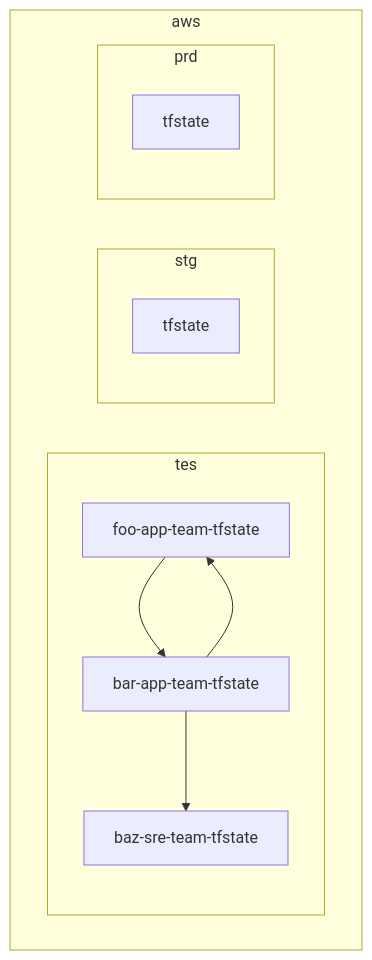
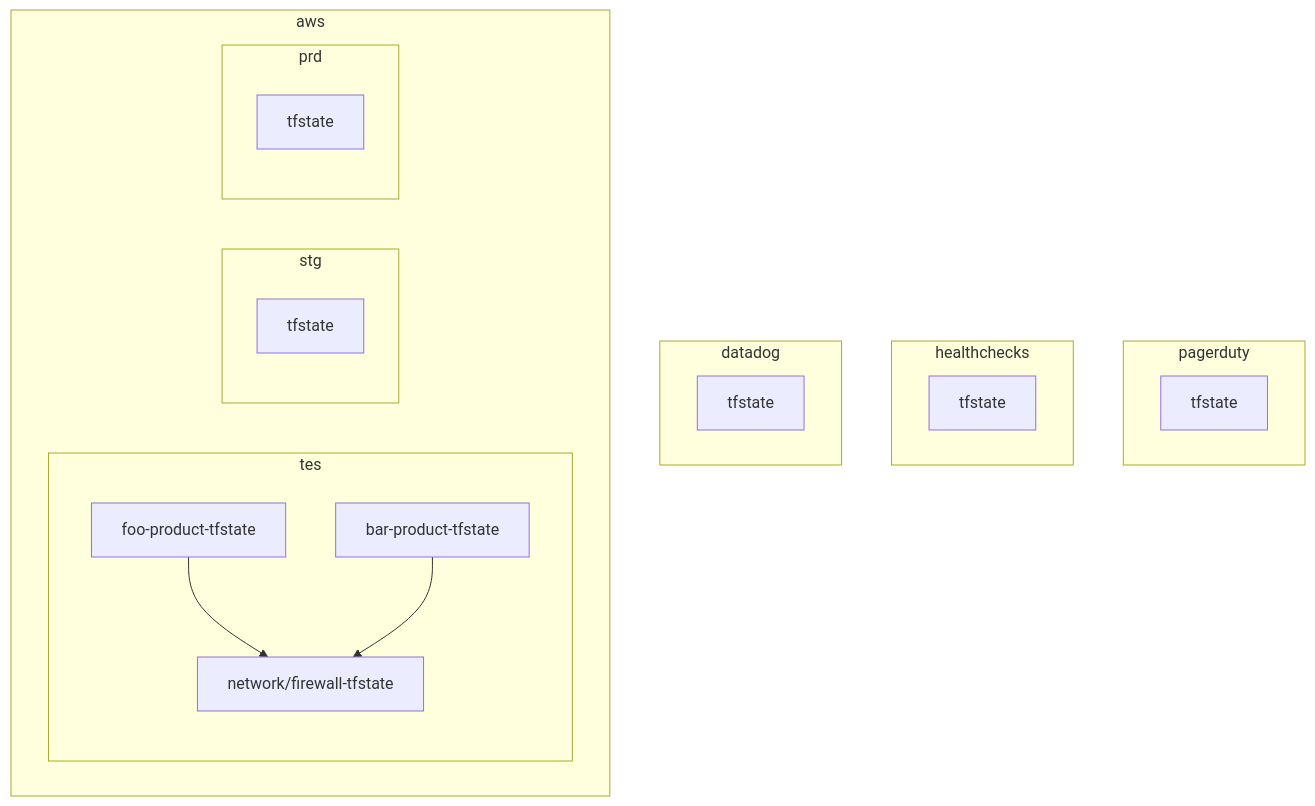
Before and after one commit to hiroki-it/tech-notebook: the third of 7 diagrams in docs/infrastructure_as_code/infrastructure_as_code_terraform_policy_tfstate.md, drawn with Mermaid. The commit also changed other lines of this file and 2 other files, not shown here.

````diff
--- a/docs/infrastructure_as_code/infrastructure_as_code_terraform_policy_tfstate.md
+++ b/docs/infrastructure_as_code/infrastructure_as_code_terraform_policy_tfstate.md
@@ -279,16 +306,26 @@
 ```mermaid
 graph TB
+    subgraph pagerduty
+    Pagerduty[tfstate]
+    end
+    subgraph healthchecks
+    Healthchecks[tfstate]
+    end
+    subgraph datadog
+    Datadog[tfstate]
+    end
     subgraph aws
     subgraph tes
-    A[foo-app-team-tfstate]-->B
-    B[bar-app-team-tfstate]-->A
-    B-->C[baz-sre-team-tfstate]
+    A[foo-product-tfstate]-->C
+    B[bar-product-tfstate]-->C
+    C[network/firewall-tfstate]
     end
     subgraph stg
     D[tfstate]
     end
     subgraph prd
-    e[tfstate]
+    E[tfstate]
     end
     end
+
 ```
````
